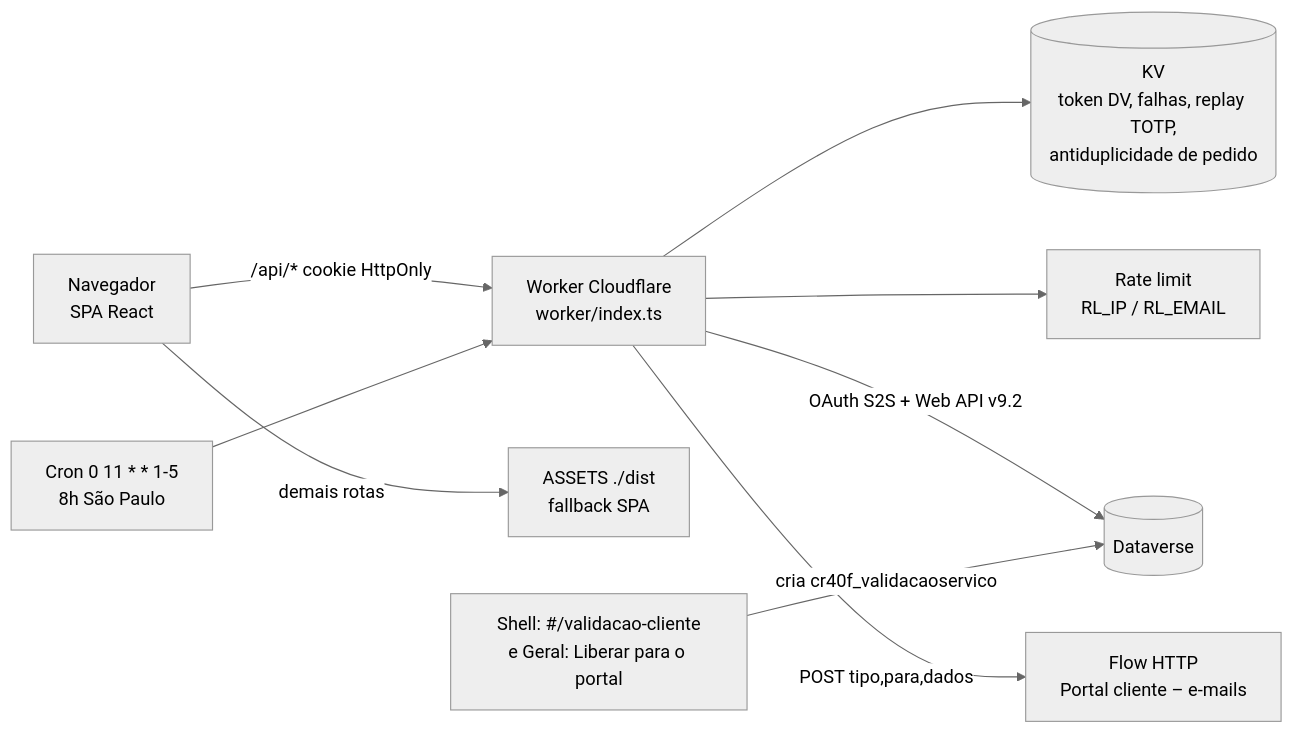
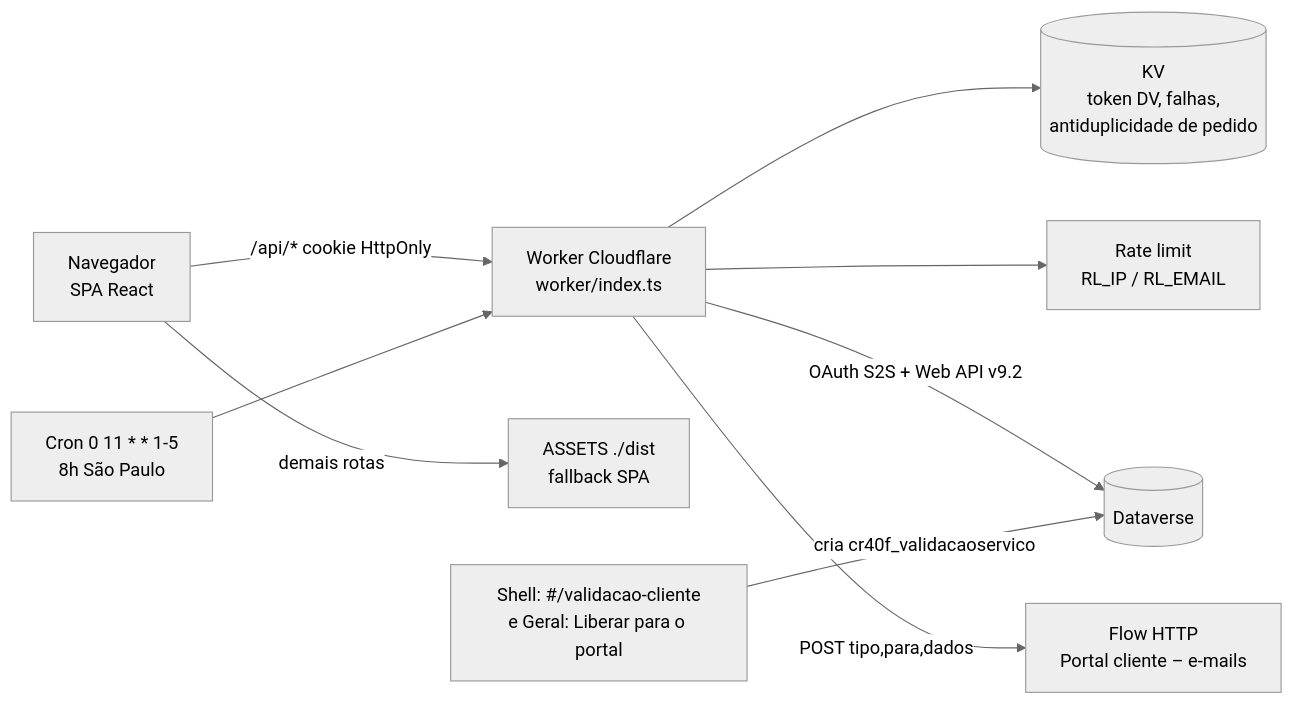
One commit to Betinhos-Executive-Service/Betinhos-Sistema changed the first of 4 diagrams in docs/auto/07-apps-satelites.md. Above: the diagram before and after it, drawn with Mermaid (neutral theme). The commit also changed other lines of this file and 39 other files, not shown here.

````diff
--- a/docs/auto/07-apps-satelites.md
+++ b/docs/auto/07-apps-satelites.md
@@ -17,11 +17,11 @@
 ```mermaid
 flowchart LR
   B[Navegador<br/>SPA React] -->|"/api/* cookie HttpOnly"| W[Worker Cloudflare<br/>worker/index.ts]
   B -->|demais rotas| A[ASSETS ./dist<br/>fallback SPA]
-  W --> KV[(KV<br/>token DV, falhas, replay TOTP,<br/>antiduplicidade de pedido)]
+  W --> KV[(KV<br/>token DV, falhas,<br/>antiduplicidade de pedido)]
   W --> RL[Rate limit<br/>RL_IP / RL_EMAIL]
   W -->|OAuth S2S + Web API v9.2| DV[(Dataverse)]
   W -->|POST tipo,para,dados| FL[Flow HTTP<br/>Portal cliente – e-mails]
   C[Cron 0 11 * * 1-5<br/>8h São Paulo] --> W
   SH[Shell: #/validacao-cliente<br/>e Geral: Liberar para o portal] -->|cria cr40f_validacaoservico| DV
 ```
````
